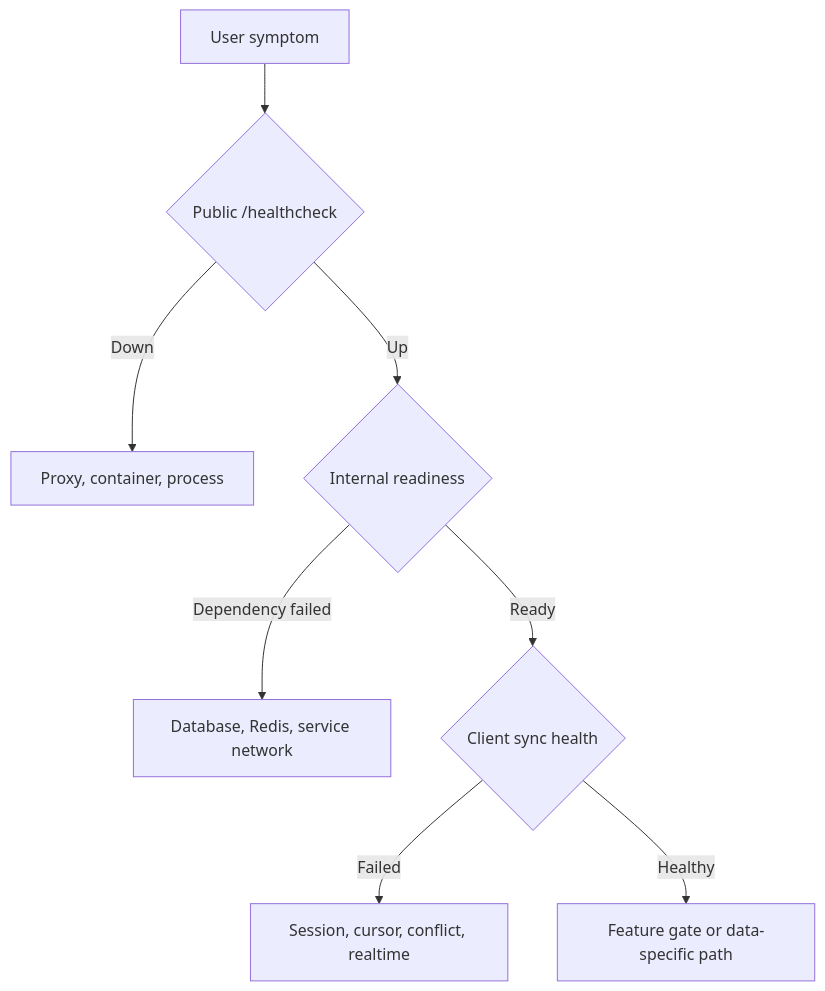
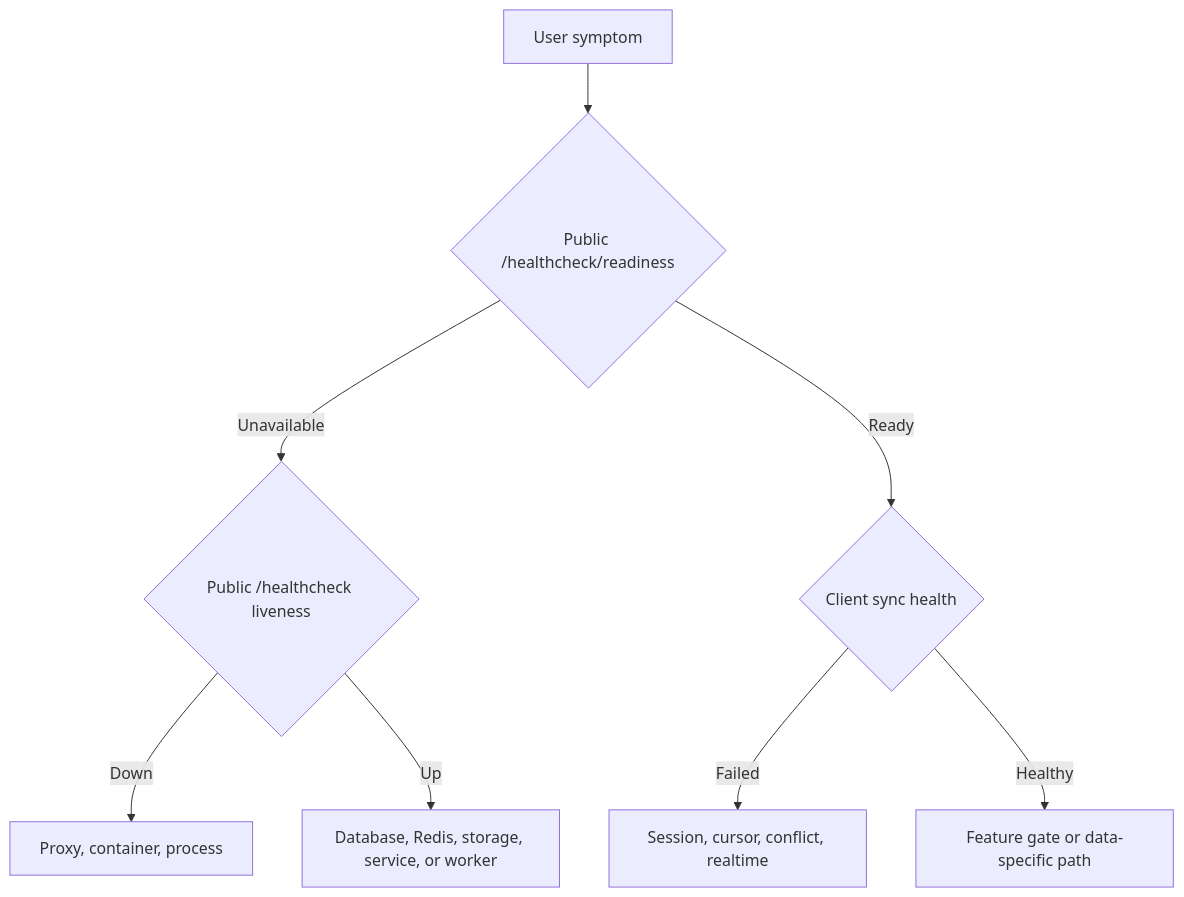
The diagram in docs/monitoring-and-troubleshooting.md (supermarsx/standard-red-notes), drawn with Mermaid before and after one commit. The commit also changed other lines of this file and 22 other files, not shown here.

Commit message:
fix(health): enforce aggregate service readiness

````diff
--- a/docs/monitoring-and-troubleshooting.md
+++ b/docs/monitoring-and-troubleshooting.md
@@ -13,10 +13,10 @@
 ```mermaid
 flowchart TD
-  A[User symptom] --> B{Public /healthcheck}
-  B -->|Down| C[Proxy, container, process]
-  B -->|Up| D{Internal readiness}
-  D -->|Dependency failed| E[Database, Redis, service network]
-  D -->|Ready| F{Client sync health}
+  A[User symptom] --> B{Public /healthcheck/readiness}
+  B -->|Unavailable| C{Public /healthcheck liveness}
+  C -->|Down| D[Proxy, container, process]
+  C -->|Up| E[Database, Redis, storage, service, or worker]
+  B -->|Ready| F{Client sync health}
   F -->|Failed| G[Session, cursor, conflict, realtime]
   F -->|Healthy| H[Feature gate or data-specific path]
 ```
````
